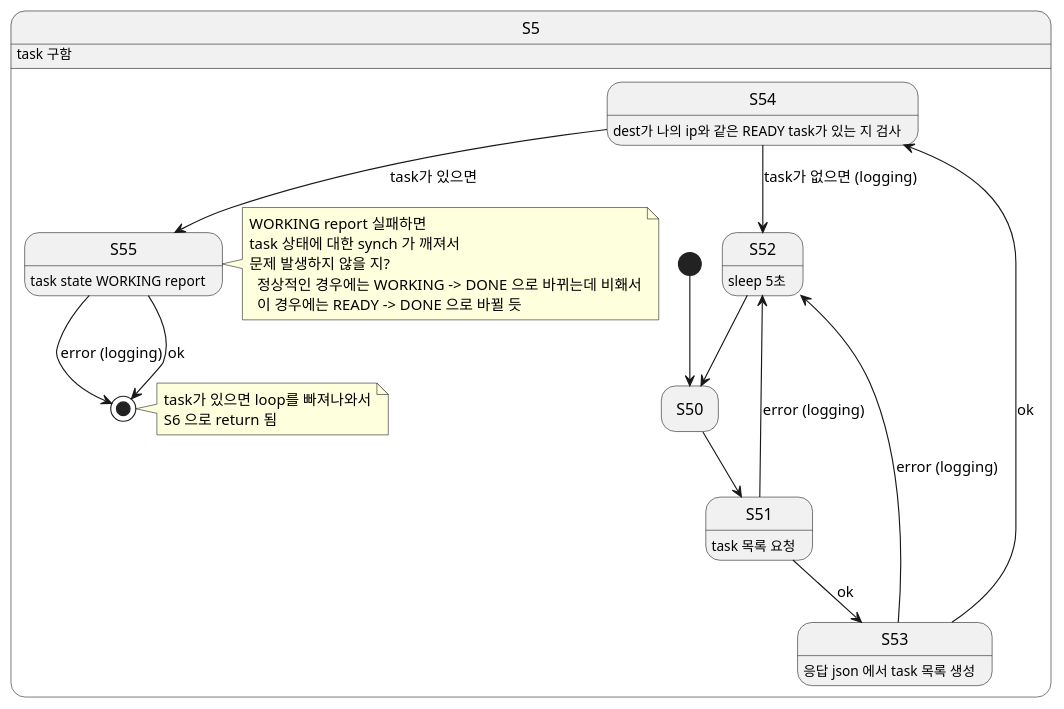
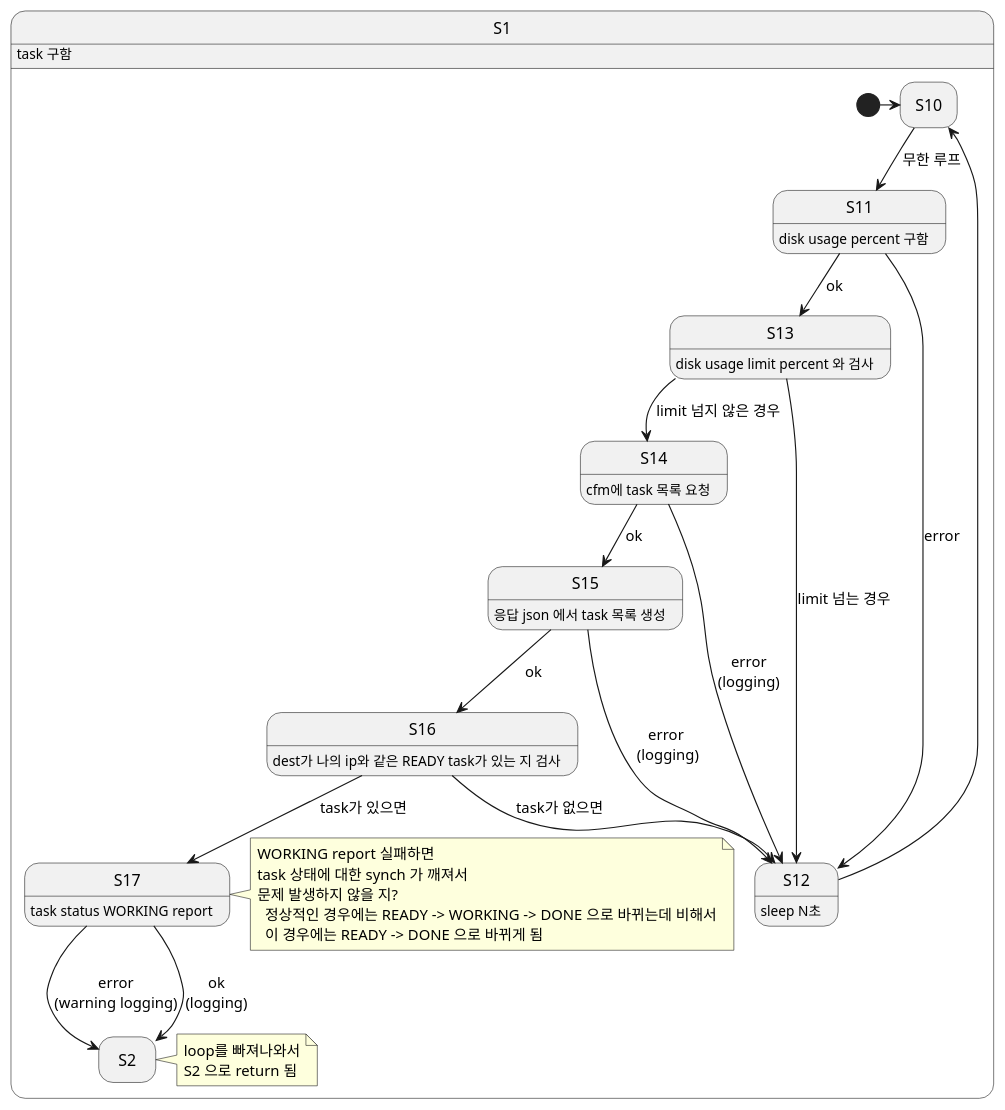
The second of 3 diagrams in doc/downloader_state.md (castisdev/cfw), drawn with PlantUML before and after one commit. The commit also changed other lines of this file and 4 other files, not shown here.

````diff
--- a/doc/downloader_state.md
+++ b/doc/downloader_state.md
@@ -40,38 +42,47 @@
 ```plantuml
 hide empty description
 
-state S5 {
-S5 : task 구함
+state S1 {
 
-[*]--> S50
-S50 --> S51
-S51 : task 목록 요청
-S51 --> S52: error (logging)
-S52 : sleep 5초
-S52 --> S50
-S51 --> S53: ok
-S53 : 응답 json 에서 task 목록 생성
-S53 --> S52: error (logging)
+S1 : task 구함
+[*] -> S10
+S10 --> S11 : 무한 루프
+S11: disk usage percent 구함
+S11 -> S12 : error
+S12 : sleep N초
+S12 -> S10
 
-S53 --> S54: ok
-S54 : dest가 나의 ip와 같은 READY task가 있는 지 검사
-S54 --> S55 : task가 있으면
-S55 : task state WORKING report
+S11 --> S13 : ok
+S13 : disk usage limit percent 와 검사
+
+S13 --> S12 : limit 넘는 경우
+S13 --> S14 : limit 넘지 않은 경우
+
+S14 : cfm에 task 목록 요청
+S14 --> S12: error\n(logging)
+S14 --> S15: ok
+S15 : 응답 json 에서 task 목록 생성
+S15 --> S12: error \n(logging)
+
+S15 --> S16: ok
+S16 : dest가 나의 ip와 같은 READY task가 있는 지 검사
+S16 --> S17 : task가 있으면
+S17 : task status WORKING report
 note right
   WORKING report 실패하면
   task 상태에 대한 synch 가 깨져서
   문제 발생하지 않을 지?
-    정상적인 경우에는 WORKING -> DONE 으로 바뀌는데 비홰서
-    이 경우에는 READY -> DONE 으로 바뀔 듯
+    정상적인 경우에는 READY -> WORKING -> DONE 으로 바뀌는데 비해서
+    이 경우에는 READY -> DONE 으로 바뀌게 됨
 end note
 
-S55 --> [*] : error (logging)
-S55 --> [*] : ok
+S17 --> S2 : error\n(warning logging)
+S17 --> S2 : ok\n(logging)
 note right
-  task가 있으면 loop를 빠져나와서
-  S6 으로 return 됨
+  loop를 빠져나와서
+  S2 으로 return 됨
 end note
 
-S54 --> S52 : task가 없으면 (logging)
+S16 --> S12 : task가 없으면
 }
 ```
````
